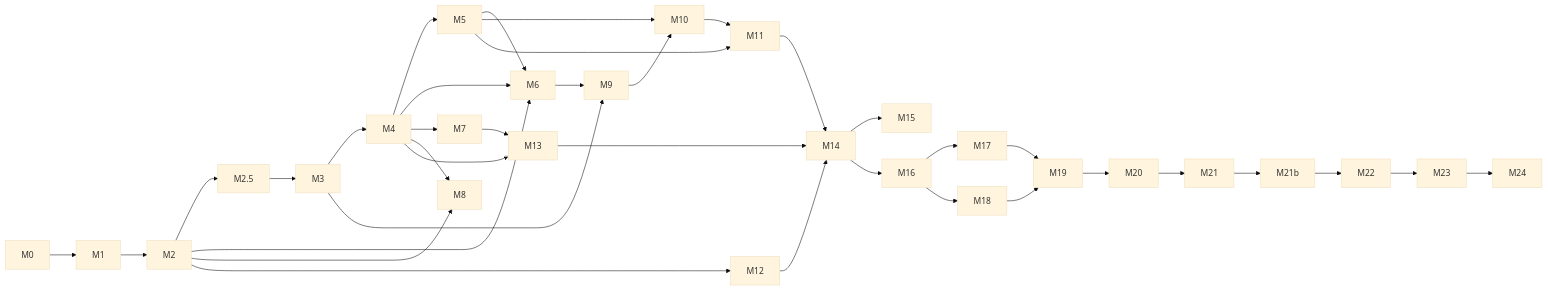
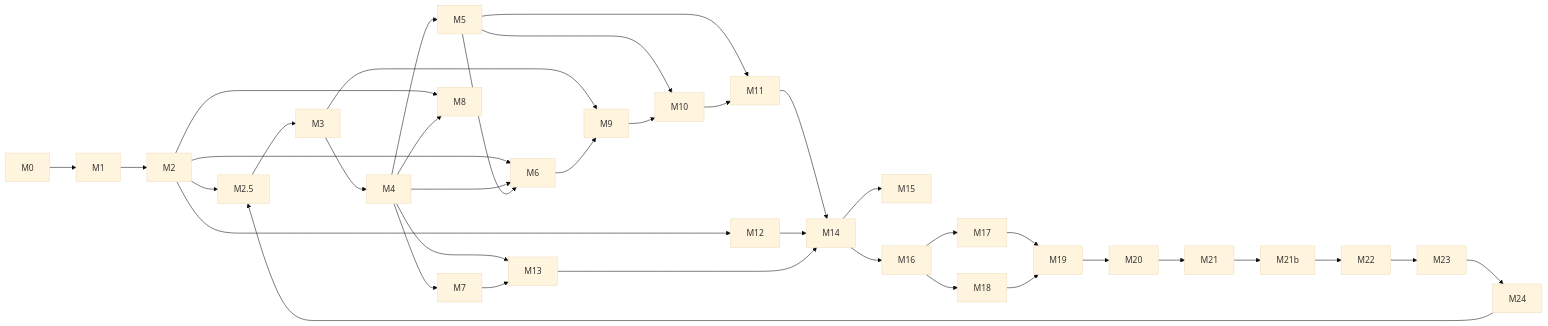
The diagram in docs/09-plan/README.md (vundavallibalakrishna/agentic-runtime), drawn with Mermaid (base theme) before and after one commit. The commit also changed other lines of this file and 94 other files, not shown here.

````diff
--- a/docs/09-plan/README.md
+++ b/docs/09-plan/README.md
@@ -54,29 +55,29 @@
 ```mermaid
 flowchart LR
   M0 --> M1 --> M2 --> M25[M2.5] --> M3 --> M4 --> M5
   M2 --> M6
   M4 --> M6
   M5 --> M6
   M4 --> M7
   M2 --> M8
   M4 --> M8
   M3 --> M9
   M6 --> M9
   M5 --> M10
   M9 --> M10
   M5 --> M11
   M10 --> M11
   M2 --> M12
   M4 --> M13
   M7 --> M13
   M11 --> M14
   M12 --> M14
   M13 --> M14
   M14 --> M15
   M14 --> M16
   M16 --> M17
   M16 --> M18
   M17 --> M19
   M18 --> M19
-  M19 --> M20 --> M21 --> M21b[M21b] --> M22 --> M23 --> M24
+  M19 --> M20 --> M21 --> M21b[M21b] --> M22 --> M23 --> M24 --> M25
 ```
````
